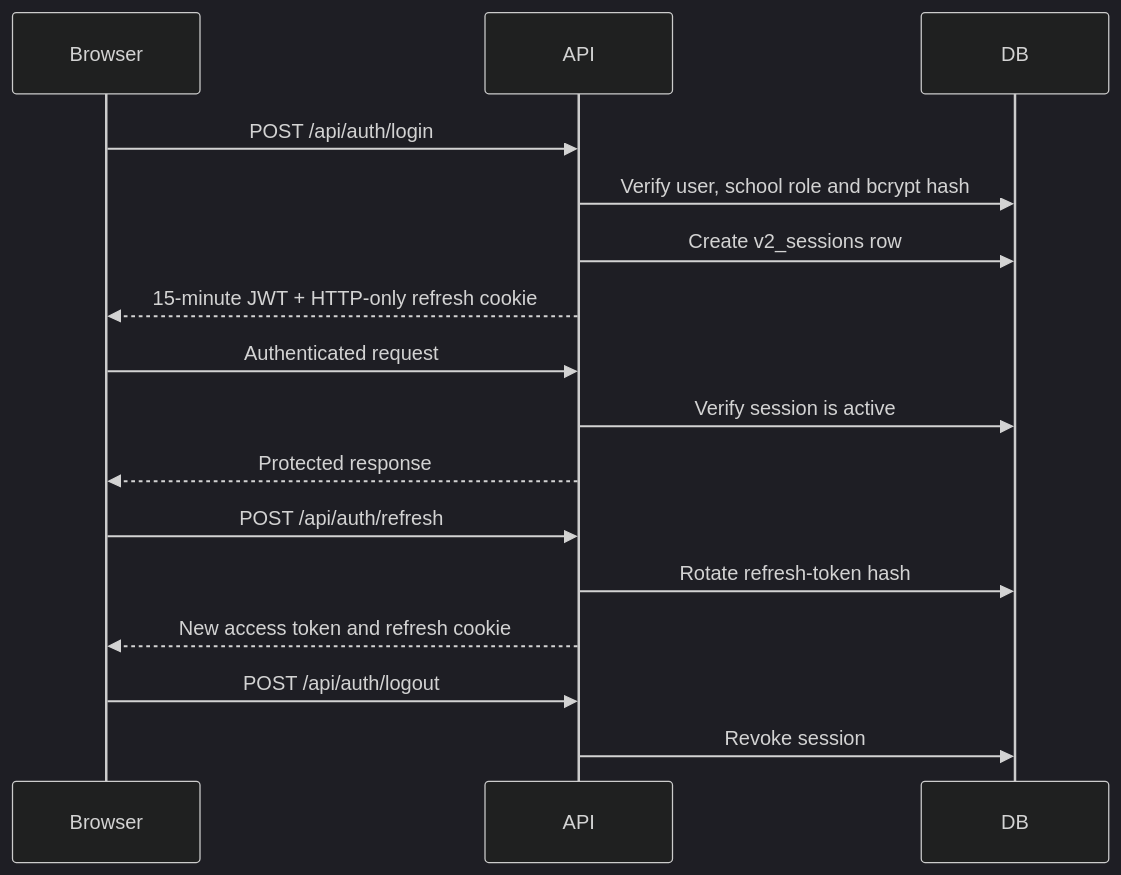
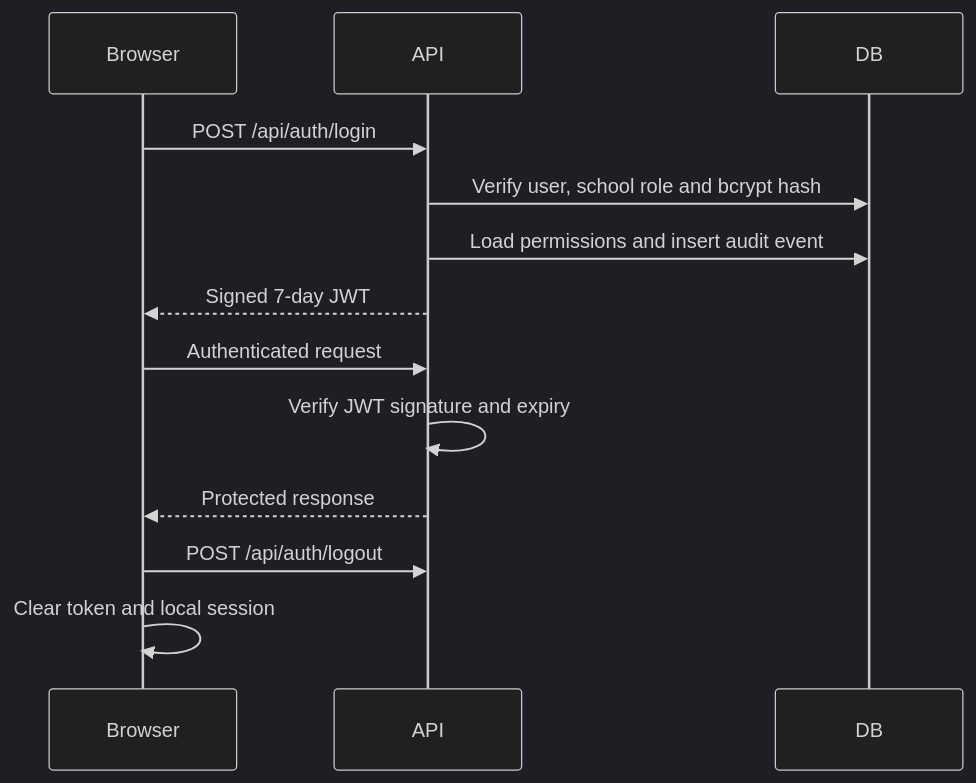
Before and after one commit to LABBISRIKANTHBABU/montessori-portal: the second of 3 diagrams in docs/COMPLETE_DEVELOPMENT_HANDBOOK.md, drawn with Mermaid (dark theme). The commit also changed other lines of this file and 30 other files, not shown here.

````diff
--- a/docs/COMPLETE_DEVELOPMENT_HANDBOOK.md
+++ b/docs/COMPLETE_DEVELOPMENT_HANDBOOK.md
@@ -446,19 +445,16 @@
 ```mermaid
 sequenceDiagram
     participant Browser
     participant API
     participant DB
 
     Browser->>API: POST /api/auth/login
     API->>DB: Verify user, school role and bcrypt hash
-    API->>DB: Create v2_sessions row
-    API-->>Browser: 15-minute JWT + HTTP-only refresh cookie
+    API->>DB: Load permissions and insert audit event
+    API-->>Browser: Signed 7-day JWT
     Browser->>API: Authenticated request
-    API->>DB: Verify session is active
+    API->>API: Verify JWT signature and expiry
     API-->>Browser: Protected response
-    Browser->>API: POST /api/auth/refresh
-    API->>DB: Rotate refresh-token hash
-    API-->>Browser: New access token and refresh cookie
     Browser->>API: POST /api/auth/logout
-    API->>DB: Revoke session
+    Browser->>Browser: Clear token and local session
 ```
````
